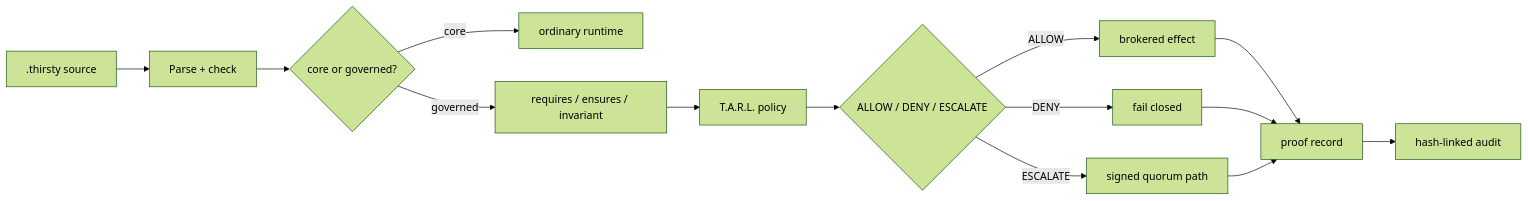
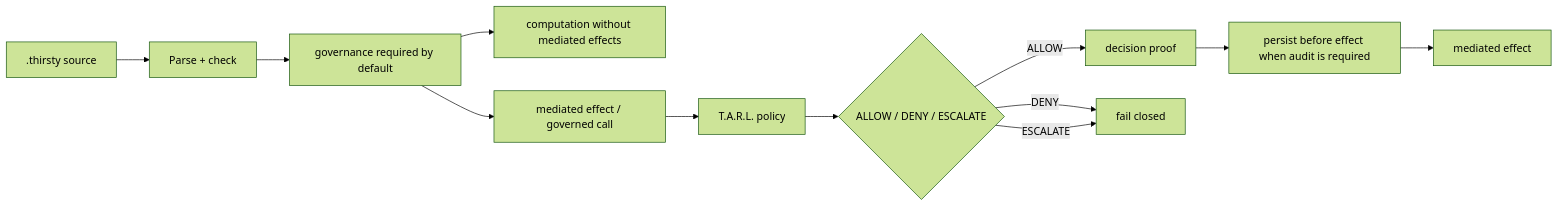
The first of 3 diagrams in README.md (IAmSoThirsty/Thirsty-lang), drawn with Mermaid (forest theme) before and after one commit. The commit also changed other lines of this file and 96 other files, not shown here.

````diff
--- a/README.md
+++ b/README.md
@@ -129,16 +138,14 @@
 ```mermaid
 flowchart LR
     Source[".thirsty source"] --> Parse["Parse + check"]
-    Parse --> Mode{"core or governed?"}
-    Mode -->|core| Run["ordinary runtime"]
-    Mode -->|governed| Contracts["requires / ensures / invariant"]
+    Parse --> Host["governance required by default"]
+    Host --> Compute["computation without mediated effects"]
+    Host --> Contracts["mediated effect / governed call"]
     Contracts --> Policy["T.A.R.L. policy"]
     Policy --> Verdict{"ALLOW / DENY / ESCALATE"}
-    Verdict -->|ALLOW| Effect["brokered effect"]
+    Verdict -->|ALLOW| Proof["decision proof"]
     Verdict -->|DENY| Refuse["fail closed"]
-    Verdict -->|ESCALATE| Quorum["signed quorum path"]
-    Effect --> Proof["proof record"]
-    Refuse --> Proof
-    Quorum --> Proof
-    Proof --> Audit["hash-linked audit"]
+    Verdict -->|ESCALATE| Refuse
+    Proof --> Audit["persist before effect when audit is required"]
+    Audit --> Effect["mediated effect"]
 ```
````
